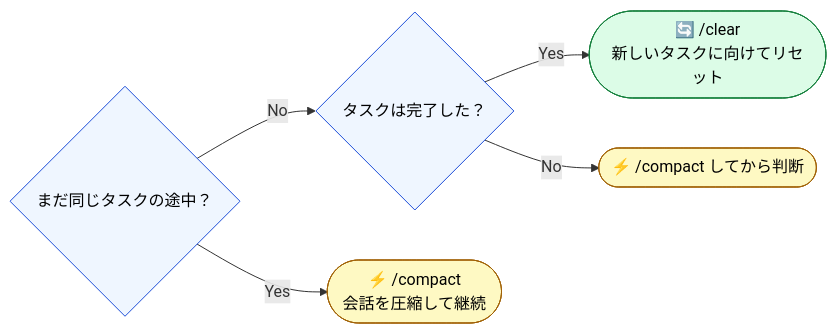
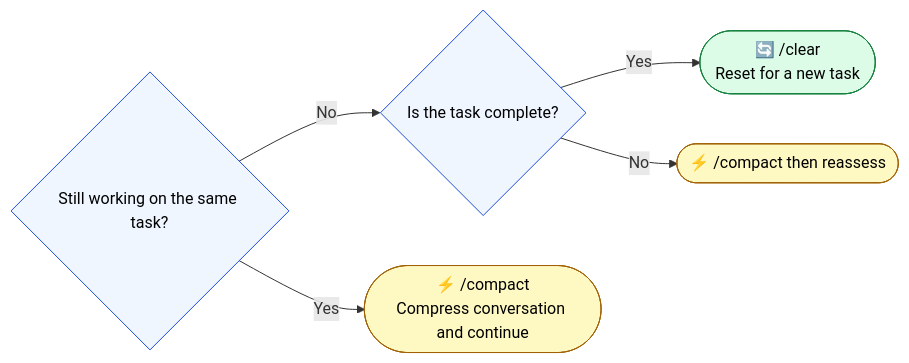
The diagram in docs/08-session-management/compact-and-clear.md (shuji-bonji/understanding-llm-through-claude-code), drawn with Mermaid before and after one commit. The commit also changed other lines of this file and 100 other files, not shown here.

````diff
--- a/docs/08-session-management/compact-and-clear.md
+++ b/docs/08-session-management/compact-and-clear.md
@@ -42,19 +44,19 @@
 ```mermaid
 flowchart LR
-    Q1{"まだ同じタスクの途中？"}
-    Q2{"タスクは完了した？"}
-    COMPACT(["⚡ /compact<br>会話を圧縮して継続"])
-    CLEAR(["🔄 /clear<br>新しいタスクに向けてリセット"])
-    COMPACT2(["⚡ /compact してから判断"])
+    Q1{"Still working on the same task?"}
+    Q2{"Is the task complete?"}
+    COMPACT(["⚡ /compact<br>Compress conversation and continue"])
+    CLEAR(["🔄 /clear<br>Reset for a new task"])
+    COMPACT2(["⚡ /compact then reassess"])
 
     Q1 -->|"Yes"| COMPACT
     Q1 -->|"No"| Q2
     Q2 -->|"Yes"| CLEAR
     Q2 -->|"No"| COMPACT2
 
     style Q1 fill:#eff6ff,stroke:#1d4ed8,color:#000
     style Q2 fill:#eff6ff,stroke:#1d4ed8,color:#000
     style COMPACT fill:#fef9c3,stroke:#a16207,color:#000
     style CLEAR fill:#dcfce7,stroke:#15803d,color:#000
     style COMPACT2 fill:#fef9c3,stroke:#a16207,color:#000
 ```
````
